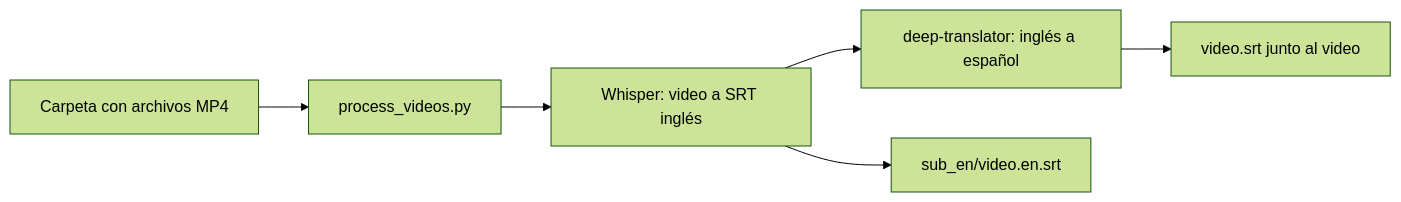
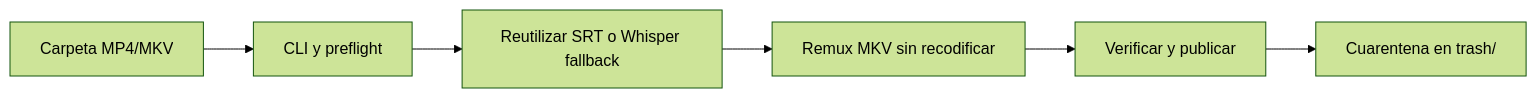
Before and after one commit to jdfesa/subtitles-srt-bridge: the first of 2 diagrams in docs/PROJECT.md, drawn with Mermaid (forest theme). The commit also changed other lines of this file and 18 other files, not shown here.

````diff
--- a/docs/PROJECT.md
+++ b/docs/PROJECT.md
@@ -50,8 +50,8 @@
 ```mermaid
 flowchart LR
-    A["Carpeta con archivos MP4"] --> B["process_videos.py"]
-    B --> C["Whisper: video a SRT inglés"]
-    C --> D["deep-translator: inglés a español"]
-    D --> E["video.srt junto al video"]
-    C --> F["sub_en/video.en.srt"]
+    A["Carpeta MP4/MKV"] --> B["CLI y preflight"]
+    B --> C["Reutilizar SRT o Whisper fallback"]
+    C --> D["Remux MKV sin recodificar"]
+    D --> E["Verificar y publicar"]
+    E --> F["Cuarentena en trash/"]
 ```
````
